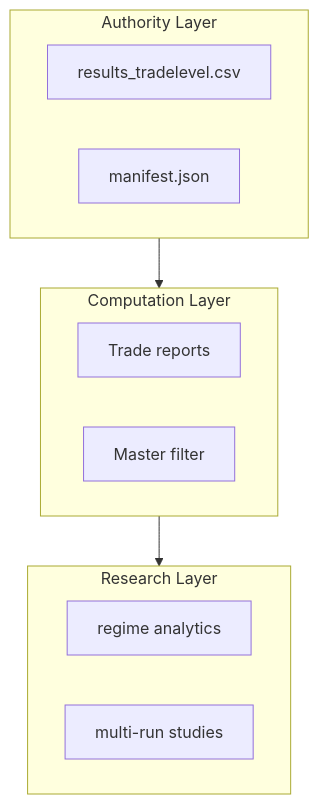
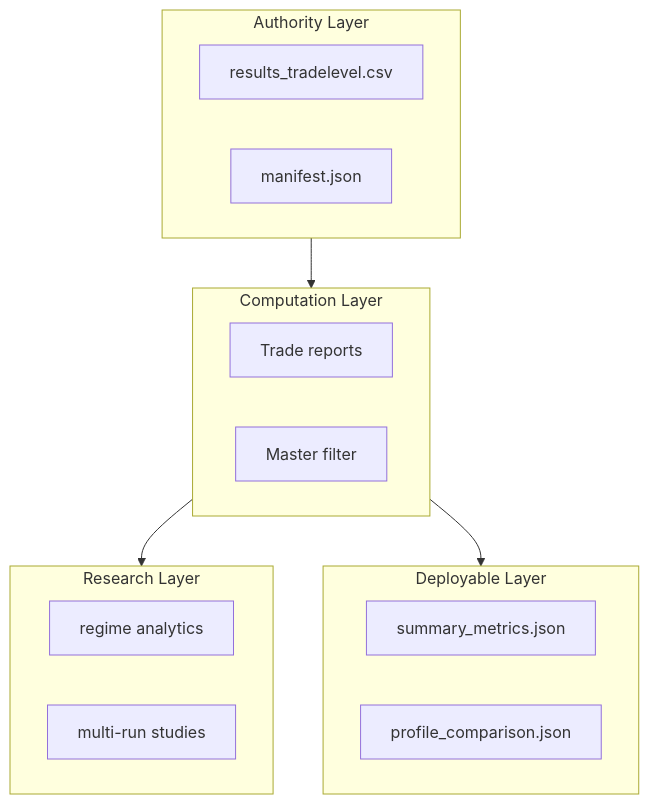
Before and after one commit to kitealert7-source/Trade-Scan-: the first of 2 diagrams in outputs/system_reports/01_system_architecture/SYSTEM_SURFACE_MAP.md, drawn with Mermaid. The commit also changed other lines of this file and 103 other files, not shown here.

````diff
--- a/outputs/system_reports/01_system_architecture/SYSTEM_SURFACE_MAP.md
+++ b/outputs/system_reports/01_system_architecture/SYSTEM_SURFACE_MAP.md
@@ -126,20 +157,26 @@
 ```mermaid
 flowchart TD
     subgraph AL [Authority Layer]
         A1[results_tradelevel.csv]
         A2[manifest.json]
     end
 
     subgraph CL [Computation Layer]
         C1[Trade reports]
         C2[Master filter]
     end
 
     subgraph RL [Research Layer]
         R1[regime analytics]
         R2[multi-run studies]
     end
 
+    subgraph DL [Deployable Layer]
+        D1[summary_metrics.json]
+        D2[profile_comparison.json]
+    end
+
     AL --> CL
     CL --> RL
+    CL --> DL
 ```
````
